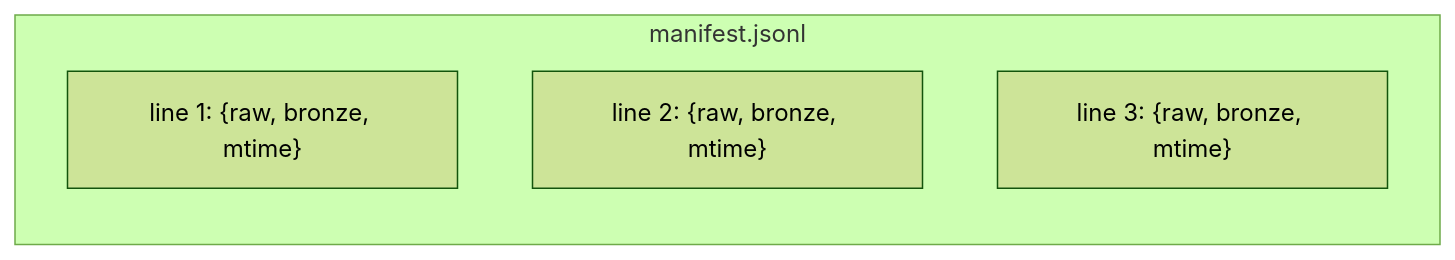
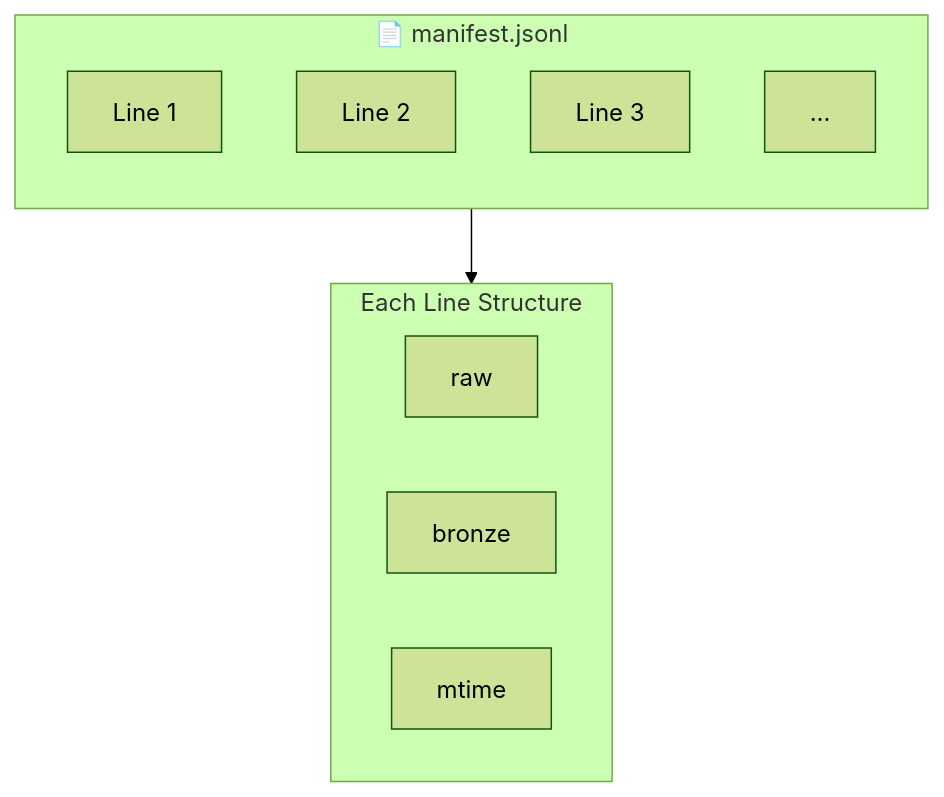
One commit to ThanuMahee12/AgentContext changed the second of 10 diagrams in docs/brainstorms/staging-manifest.md. Above: the diagram before and after it, drawn with Mermaid (forest theme). The commit also changed other lines of this file and 1 other file, not shown here.

Commit message:
docs: add detailed JSONL diagrams to staging-manifest brainstorm

````diff
--- a/docs/brainstorms/staging-manifest.md
+++ b/docs/brainstorms/staging-manifest.md
@@ -66,8 +66,19 @@
 ```mermaid
-flowchart LR
-    subgraph JSONL["manifest.jsonl"]
-        L1["line 1: {raw, bronze, mtime}"]
-        L2["line 2: {raw, bronze, mtime}"]
-        L3["line 3: {raw, bronze, mtime}"]
+flowchart TB
+    subgraph JSONL["📄 manifest.jsonl"]
+        direction TB
+        L1["Line 1"]
+        L2["Line 2"]
+        L3["Line 3"]
+        L4["..."]
     end
+
+    subgraph ENTRY["Each Line Structure"]
+        direction LR
+        F1["raw"]
+        F2["bronze"]
+        F3["mtime"]
+    end
+
+    L1 --> ENTRY
 ```
````
